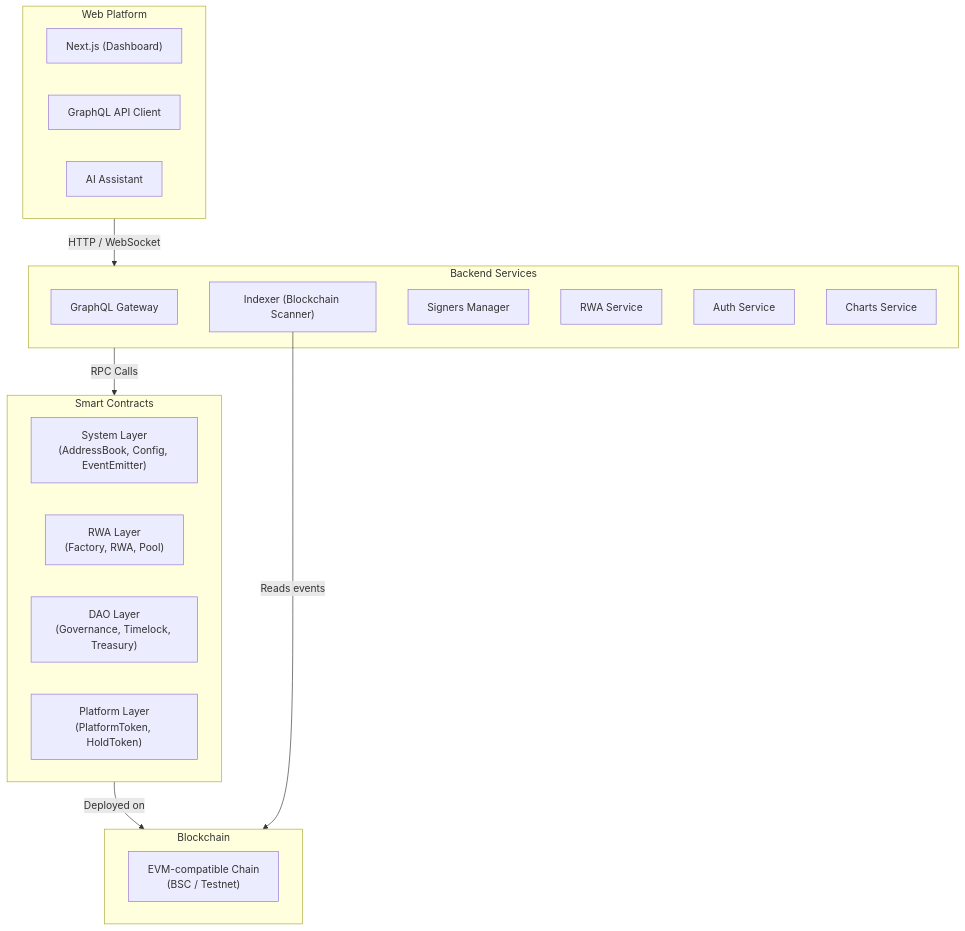
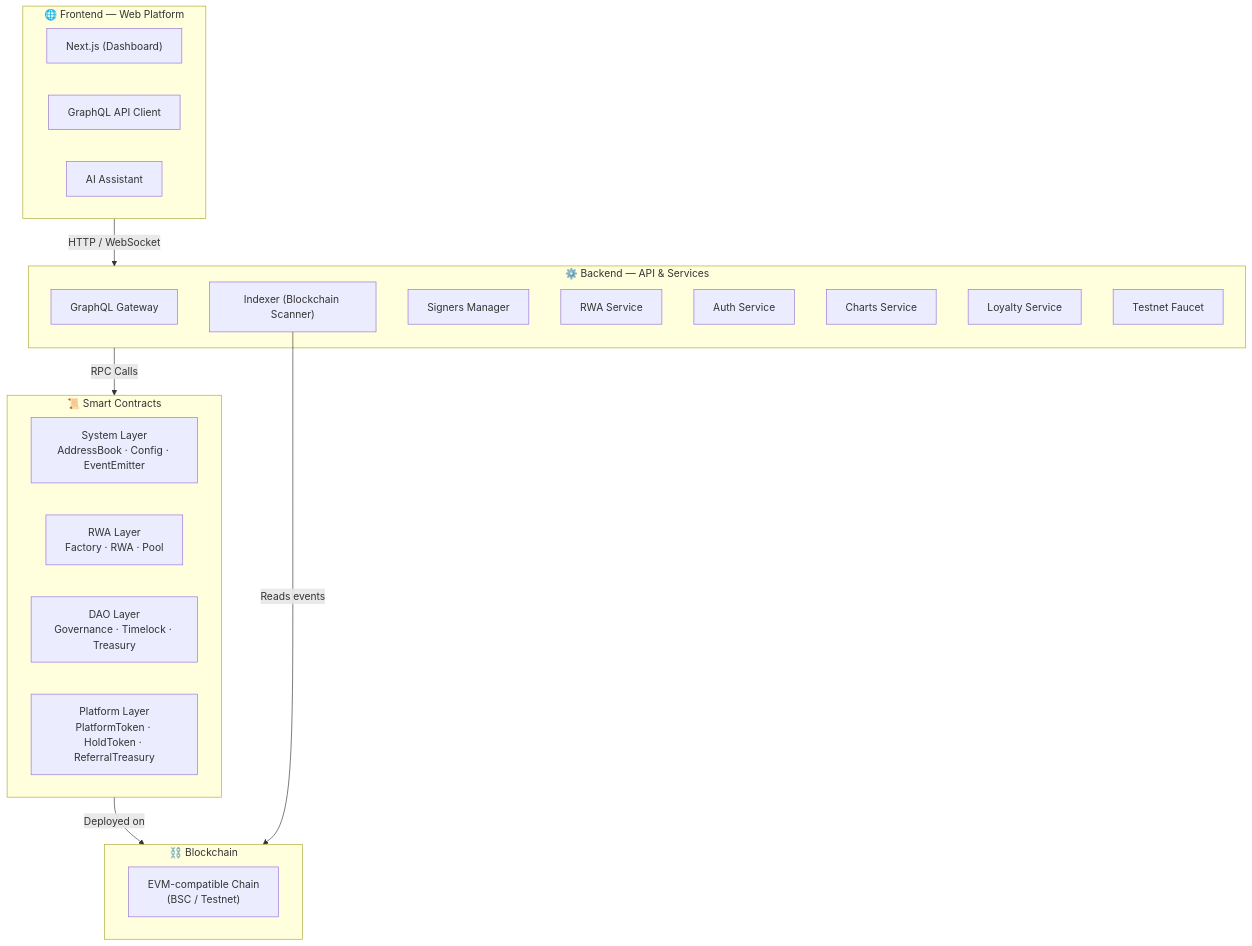
Before and after one commit to digitalsoupteam/rwa-platform-docs-new: the diagram in content/docs/get-started/architecture.mdx, drawn with Mermaid. The commit also changed 4 other files, not shown here.

Commit message:
docs: add Mermaid diagrams to architecture, tokenization, pool lifecycle, governance

````diff
--- a/content/docs/get-started/architecture.mdx
+++ b/content/docs/get-started/architecture.mdx
@@ -12,33 +12,35 @@
 ```mermaid
 flowchart TB
-    subgraph Frontend["Web Platform"]
+    subgraph Frontend["🌐 Frontend — Web Platform"]
         NextJS["Next.js (Dashboard)"]
         GraphQL["GraphQL API Client"]
         AI["AI Assistant"]
     end
 
-    subgraph Backend["Backend Services"]
+    subgraph Backend["⚙️ Backend — API & Services"]
         Gateway["GraphQL Gateway"]
         Indexer["Indexer (Blockchain Scanner)"]
         Signers["Signers Manager"]
         RWA["RWA Service"]
         Auth["Auth Service"]
         Charts["Charts Service"]
+        Loyalty["Loyalty Service"]
+        Faucet["Testnet Faucet"]
     end
 
-    subgraph SmartContracts["Smart Contracts"]
-        System["System Layer<br/>(AddressBook, Config, EventEmitter)"]
-        RWA_Layer["RWA Layer<br/>(Factory, RWA, Pool)"]
-        DAO["DAO Layer<br/>(Governance, Timelock, Treasury)"]
-        Platform["Platform Layer<br/>(PlatformToken, HoldToken)"]
+    subgraph SmartContracts["📜 Smart Contracts"]
+        System["System Layer<br/>AddressBook · Config · EventEmitter"]
+        RWA_Layer["RWA Layer<br/>Factory · RWA · Pool"]
+        DAO["DAO Layer<br/>Governance · Timelock · Treasury"]
+        Platform["Platform Layer<br/>PlatformToken · HoldToken · ReferralTreasury"]
     end
 
-    subgraph Blockchain["Blockchain"]
+    subgraph Blockchain["⛓️ Blockchain"]
         EVM["EVM-compatible Chain<br/>(BSC / Testnet)"]
     end
 
     Frontend -->|"HTTP / WebSocket"| Backend
     Backend -->|"RPC Calls"| SmartContracts
     SmartContracts -->|"Deployed on"| Blockchain
     Indexer -->|"Reads events"| Blockchain
 ```
````
